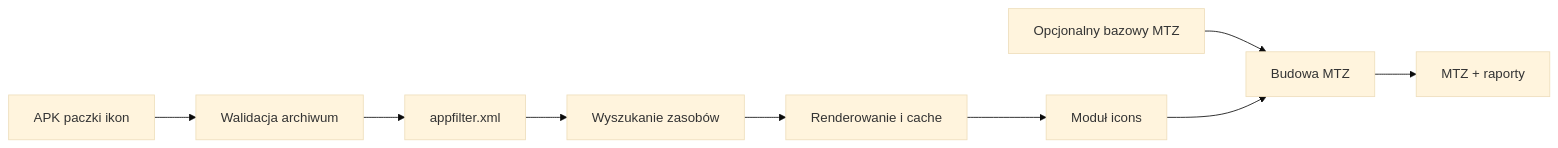
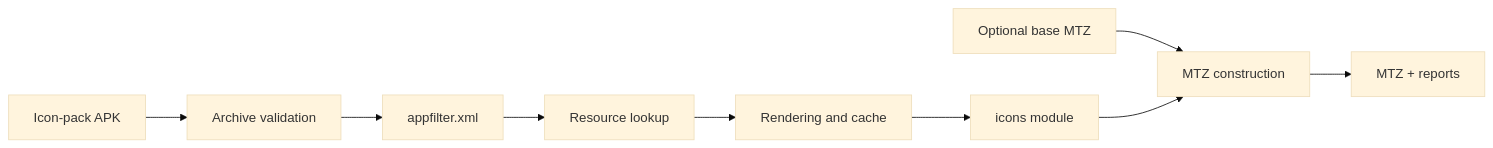
One commit to Adiker/IconPack-to-MTZ changed the diagram in README.md. Above: the diagram before and after it, drawn with Mermaid (base theme). The commit also changed other lines of this file and 3 other files, not shown here.

````diff
--- a/README.md
+++ b/README.md
@@ -36,11 +37,11 @@
 ```mermaid
 flowchart LR
-    APK["APK paczki ikon"] --> VALIDATE["Walidacja archiwum"]
+    APK["Icon-pack APK"] --> VALIDATE["Archive validation"]
     VALIDATE --> FILTER["appfilter.xml"]
-    FILTER --> RESOURCES["Wyszukanie zasobów"]
-    RESOURCES --> RENDER["Renderowanie i cache"]
-    RENDER --> ICONS["Moduł icons"]
-    BASE["Opcjonalny bazowy MTZ"] --> MTZ["Budowa MTZ"]
+    FILTER --> RESOURCES["Resource lookup"]
+    RESOURCES --> RENDER["Rendering and cache"]
+    RENDER --> ICONS["icons module"]
+    BASE["Optional base MTZ"] --> MTZ["MTZ construction"]
     ICONS --> MTZ
-    MTZ --> OUTPUT["MTZ + raporty"]
+    MTZ --> OUTPUT["MTZ + reports"]
 ```
````
